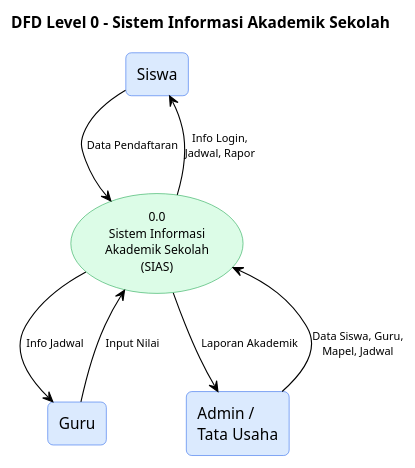
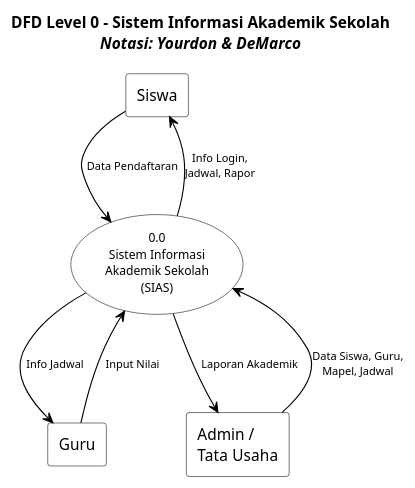
One commit to Aruh1/sias changed the diagram in plantuml/dfd_level_0.puml. Above: the diagram before and after it, drawn with PlantUML. The commit also changed 15 other files, not shown here.

Commit message:
update to Yourdon/DeMarco

```diff
--- a/plantuml/dfd_level_0.puml
+++ b/plantuml/dfd_level_0.puml
@@ -1,44 +1,45 @@
 @startuml DFD_Level_0
 ' DFD Level 0 - Sistem Informasi Akademik Sekolah (SIAS)
+' Notasi: Yourdon & DeMarco
 
 skinparam backgroundColor white
 skinparam defaultFontColor black
 skinparam defaultFontName Arial
+skinparam monochrome true
 
-title **DFD Level 0 - Sistem Informasi Akademik Sekolah**
+title **DFD Level 0 - Sistem Informasi Akademik Sekolah**\n//Notasi: Yourdon & DeMarco//
 
 skinparam rectangle {
-    BackgroundColor #dbeafe
-    BorderColor #2563eb
+    BackgroundColor white
+    BorderColor black
     FontSize 14
-    RoundCorner 10
 }
 
 skinparam usecase {
-    BackgroundColor #dcfce7
-    BorderColor #16a34a
+    BackgroundColor white
+    BorderColor black
     FontSize 11
 }
 
 skinparam arrow {
     Color black
     FontColor black
     FontSize 10
 }
 
 rectangle "Siswa" as Siswa
 rectangle "Guru" as Guru
 rectangle "Admin /\nTata Usaha" as Admin
 
 usecase "0.0\nSistem Informasi\nAkademik Sekolah\n(SIAS)" as SIAS
 
 Siswa --> SIAS : Data Pendaftaran
 SIAS --> Siswa : Info Login,\nJadwal, Rapor
 
 Guru --> SIAS : Input Nilai
 SIAS --> Guru : Info Jadwal
 
 Admin --> SIAS : Data Siswa, Guru,\nMapel, Jadwal
 SIAS --> Admin : Laporan Akademik
 
 @enduml
```
